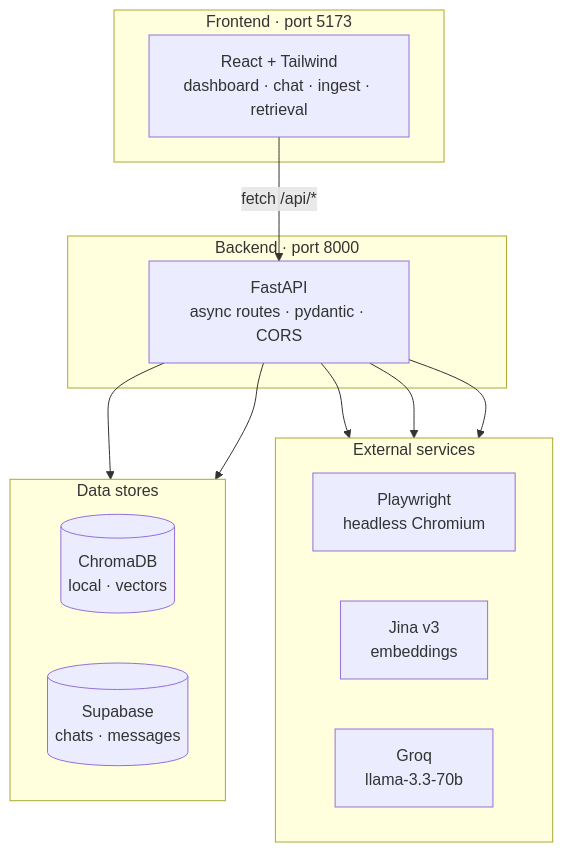
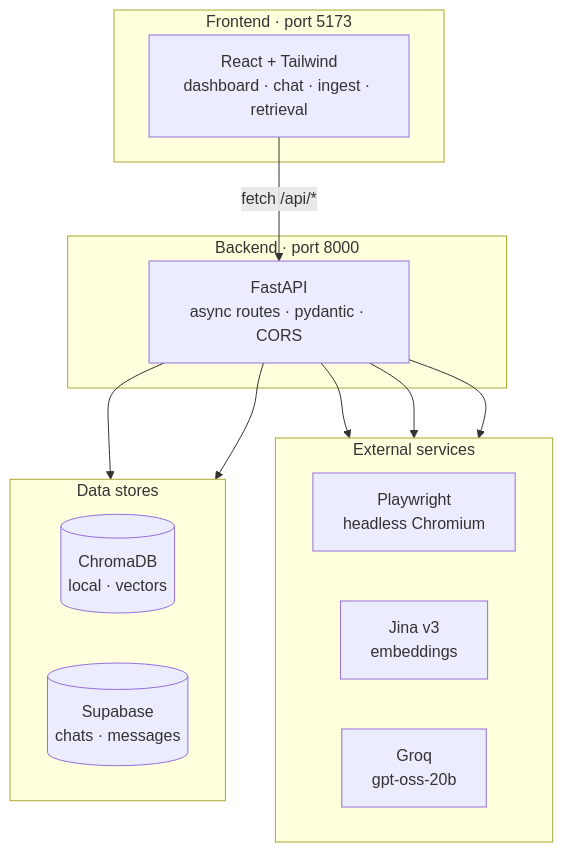
Before and after one commit to Abhishek-k03/Scrybe: the first of 4 diagrams in README.md, drawn with Mermaid. The commit also changed other lines of this file and 4 other files, not shown here.

First line of the commit message:
llm: groq retired llama 3.3, move generation to gpt-oss-20b

````diff
--- a/README.md
+++ b/README.md
@@ -19,30 +19,30 @@
 ```mermaid
 flowchart TB
     subgraph FE["Frontend · port 5173"]
         UI["React + Tailwind<br/>dashboard · chat · ingest · retrieval"]
     end
 
     subgraph BE["Backend · port 8000"]
         API["FastAPI<br/>async routes · pydantic · CORS"]
     end
 
     subgraph EXT["External services"]
         direction LR
         PW["Playwright<br/>headless Chromium"]
         JINA["Jina v3<br/>embeddings"]
-        GROQ["Groq<br/>llama-3.3-70b"]
+        GROQ["Groq<br/>gpt-oss-20b"]
     end
 
     subgraph DATA["Data stores"]
         direction LR
         CHROMA[("ChromaDB<br/>local · vectors")]
         SUPA[("Supabase<br/>chats · messages")]
     end
 
     UI -->|fetch /api/*| API
     API --> PW
     API --> JINA
     API --> GROQ
     API --> CHROMA
     API --> SUPA
 ```
````
